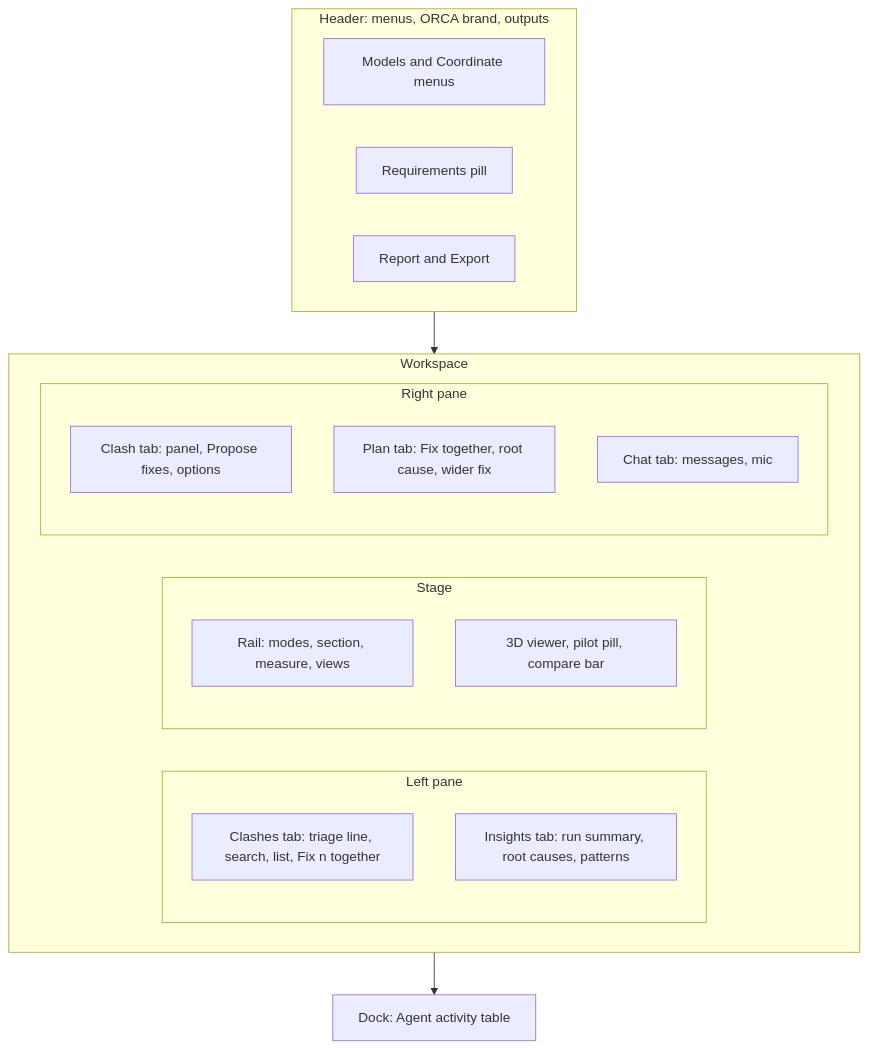
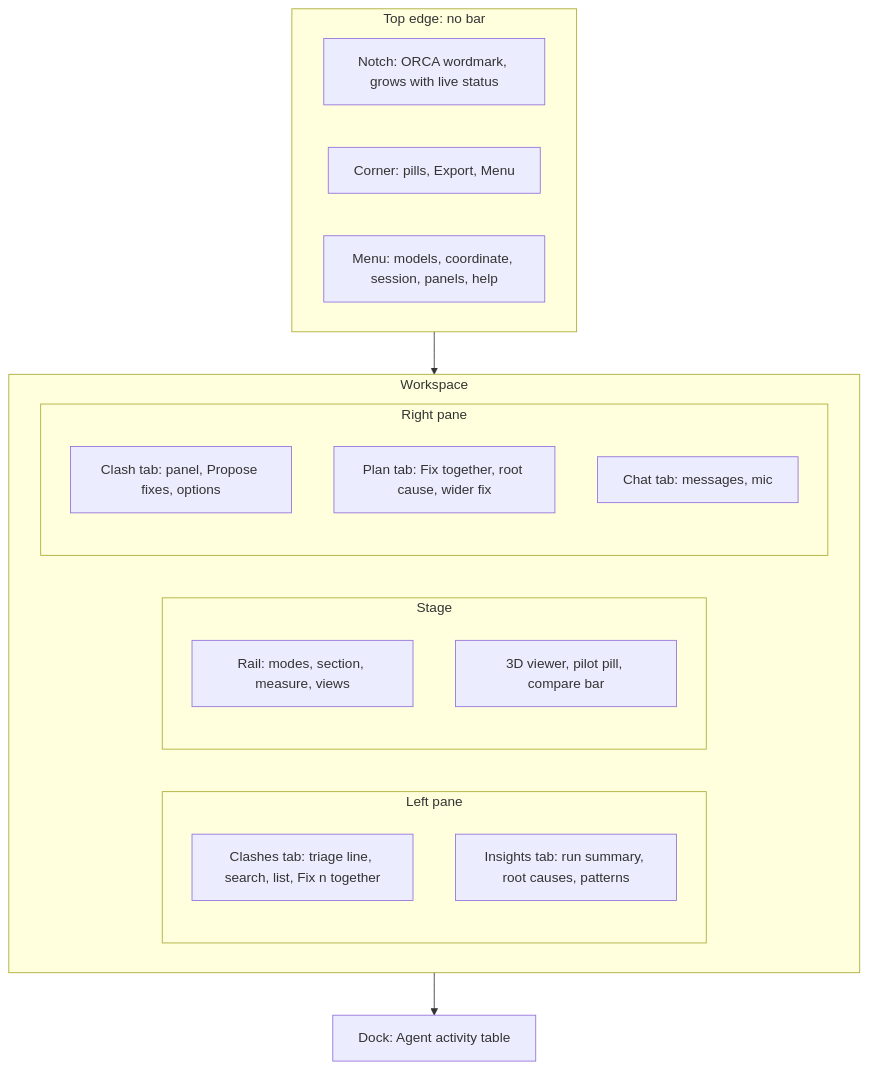
Before and after one commit to IssueLab-Inc/ORCA: the third of 4 diagrams in docs/architecture/01-product-and-journeys.md, drawn with Mermaid. The commit also changed other lines of this file and 25 other files, not shown here.

First line of the commit message:
ORCA notch and corner menu in place of the header bar; brand assets in the app

````diff
--- a/docs/architecture/01-product-and-journeys.md
+++ b/docs/architecture/01-product-and-journeys.md
@@ -291,28 +291,28 @@
 ```mermaid
 flowchart TB
-  subgraph header["Header: menus, ORCA brand, outputs"]
+  subgraph header["Top edge: no bar"]
     direction LR
-    h1["Models and Coordinate menus"]
-    h2["Requirements pill"]
-    h3["Report and Export"]
+    h1["Notch: ORCA wordmark, grows with live status"]
+    h2["Corner: pills, Export, Menu"]
+    h3["Menu: models, coordinate, session, panels, help"]
   end
   subgraph body["Workspace"]
     direction LR
     subgraph left["Left pane"]
       lt1["Clashes tab: triage line, search, list, Fix n together"]
       lt2["Insights tab: run summary, root causes, patterns"]
     end
     subgraph stage["Stage"]
       rail["Rail: modes, section, measure, views"]
       canvas["3D viewer, pilot pill, compare bar"]
     end
     subgraph right["Right pane"]
       rt1["Clash tab: panel, Propose fixes, options"]
       rt2["Plan tab: Fix together, root cause, wider fix"]
       rt3["Chat tab: messages, mic"]
     end
   end
   dock["Dock: Agent activity table"]
   header --> body
   body --> dock
 ```
````
